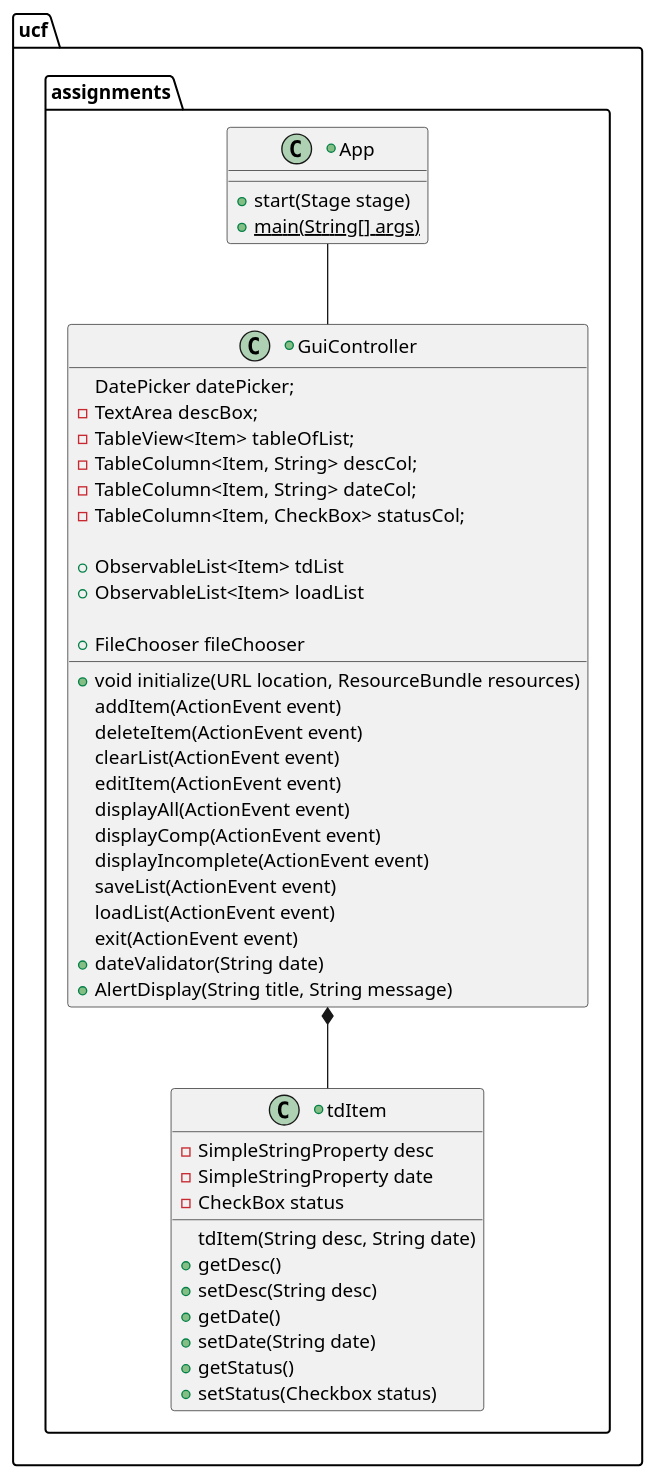
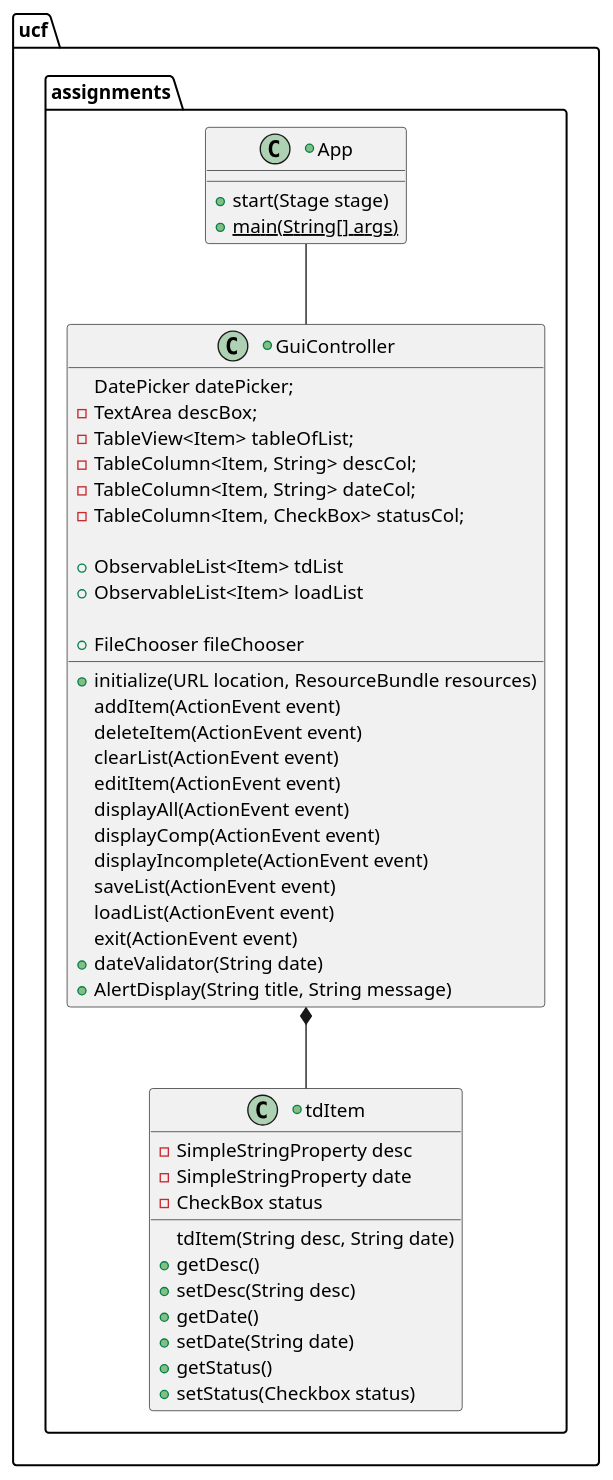
One commit to ayeekee/yeekee-cop3330-assignment4part2 changed the diagram in uml/App.javaCD.puml. Above: the diagram before and after it, drawn with PlantUML. The commit also changed 2 other files, not shown here.

Commit message:
updated puml diagram

```diff
--- a/uml/App.javaCD.puml
+++ b/uml/App.javaCD.puml
@@ -1,56 +1,56 @@
 @startuml
 'https://plantuml.com/class-diagram
 
 package ucf.assignments{
 
     GuiController *-- tdItem
     App -- GuiController
 
     +Class App{
         +start(Stage stage)
         +{static}main(String[] args)
     }
 
     +Class tdItem{
         -SimpleStringProperty desc
         -SimpleStringProperty date
         -CheckBox status
 
         tdItem(String desc, String date)
         +getDesc()
         +setDesc(String desc)
         +getDate()
         +setDate(String date)
         +getStatus()
         +setStatus(Checkbox status)
     }
 
     +Class GuiController{
         DatePicker datePicker;
         -TextArea descBox;
         -TableView<Item> tableOfList;
         -TableColumn<Item, String> descCol;
         -TableColumn<Item, String> dateCol;
         -TableColumn<Item, CheckBox> statusCol;
 
         +ObservableList<Item> tdList
         +ObservableList<Item> loadList
 
         +FileChooser fileChooser
 
-        +void initialize(URL location, ResourceBundle resources)
+        +initialize(URL location, ResourceBundle resources)
         addItem(ActionEvent event)
         deleteItem(ActionEvent event)
         clearList(ActionEvent event)
         editItem(ActionEvent event)
         displayAll(ActionEvent event)
         displayComp(ActionEvent event)
         displayIncomplete(ActionEvent event)
         saveList(ActionEvent event)
         loadList(ActionEvent event)
         exit(ActionEvent event)
         +dateValidator(String date)
         +AlertDisplay(String title, String message)
     }
 }
 @enduml
```
